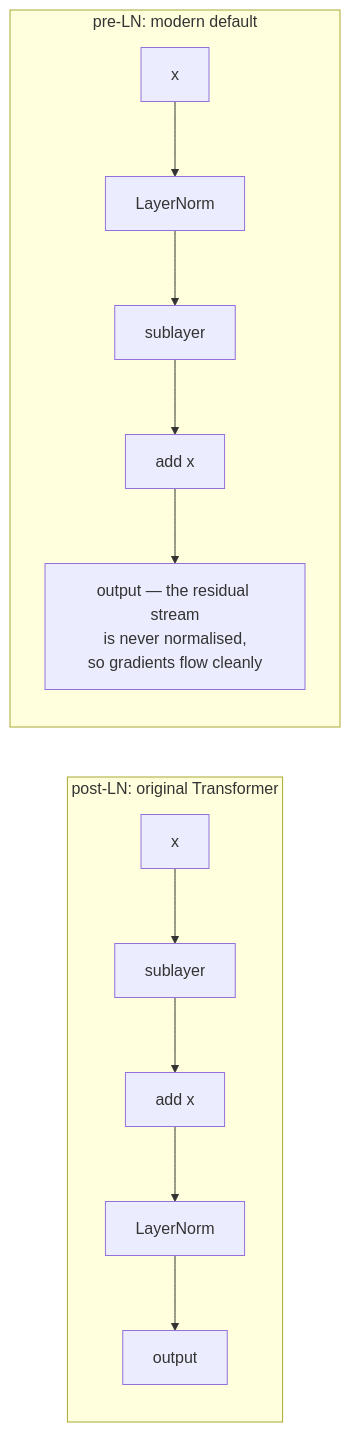
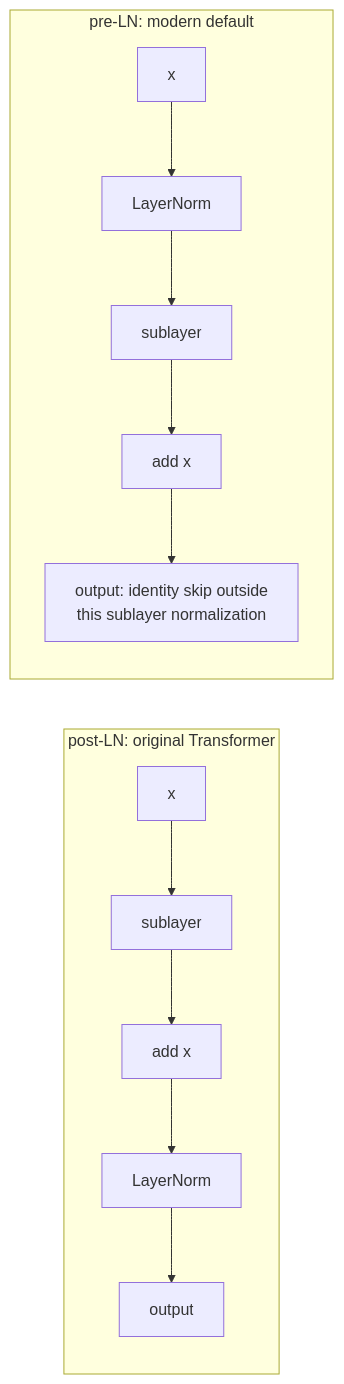
One commit to alliedbrother/ml-interview-notes changed the second of 2 diagrams in content/notes/deep-learning/regularization-and-normalization.md. Above: the diagram before and after it, drawn with Mermaid. The commit also changed other lines of this file and 217 other files, not shown here.

````diff
--- a/content/notes/deep-learning/regularization-and-normalization.md
+++ b/content/notes/deep-learning/regularization-and-normalization.md
@@ -231,15 +210,15 @@
 ```mermaid
 flowchart LR
     subgraph POST["post-LN: original Transformer"]
         A1["x"] --> A2["sublayer"]
         A2 --> A3["add x"]
         A3 --> A4["LayerNorm"]
         A4 --> A5["output"]
     end
     subgraph PRE["pre-LN: modern default"]
         B1["x"] --> B2["LayerNorm"]
         B2 --> B3["sublayer"]
         B3 --> B4["add x"]
-        B4 --> B5["output — the residual stream<br/>is never normalised,<br/>so gradients flow cleanly"]
+        B4 --> B5["output: identity skip outside<br/>this sublayer normalization"]
     end
 ```
````
